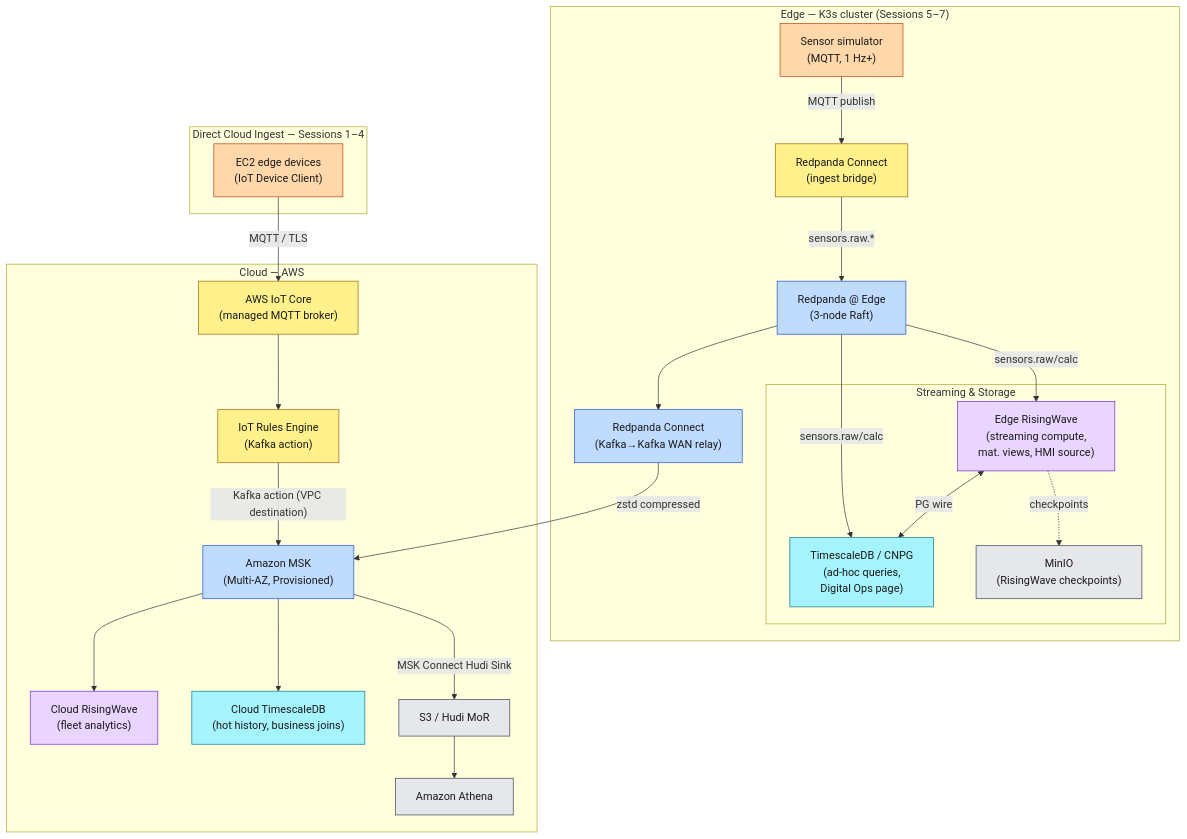
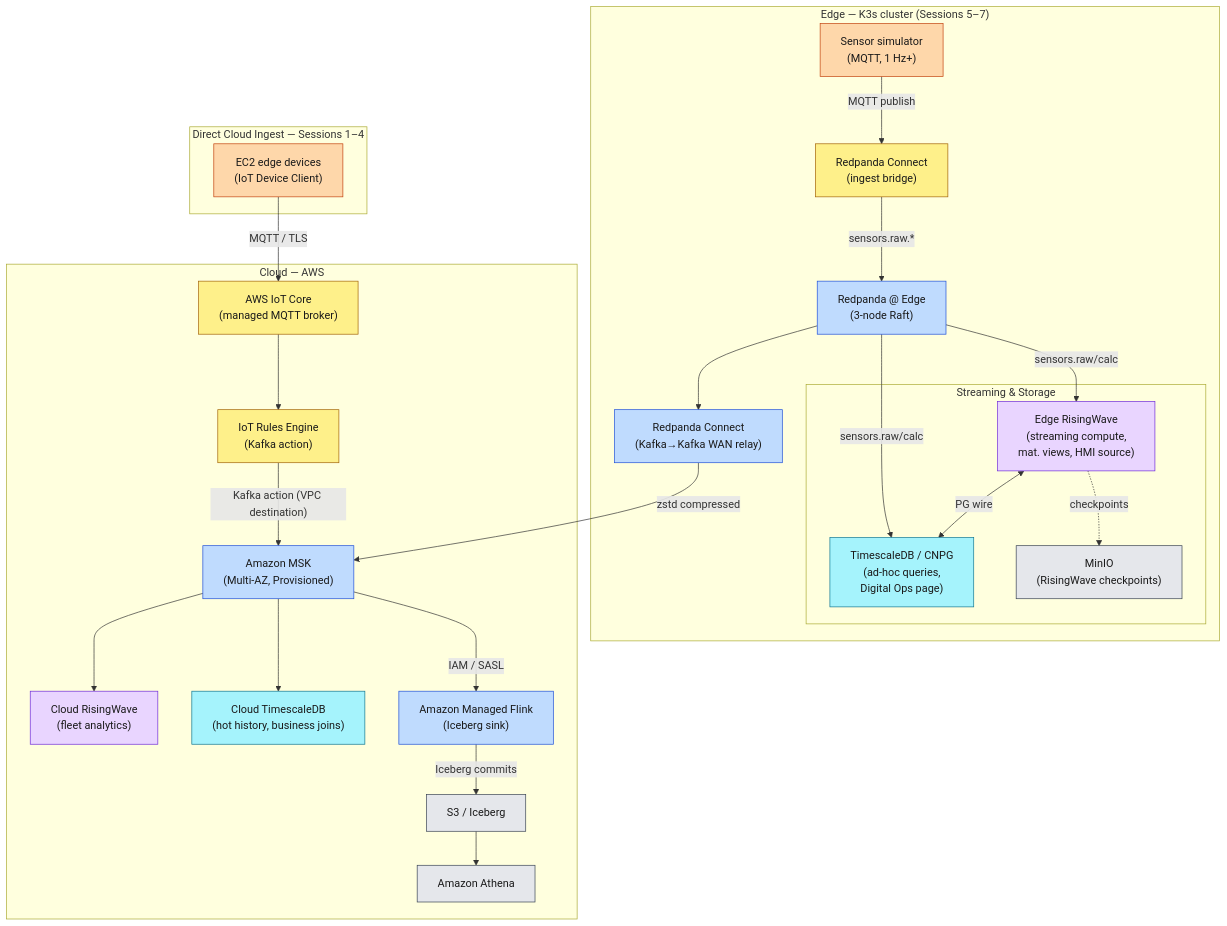
One commit to aws-samples/sample-edge-to-cloud-digital-ops-workshop changed the second of 2 diagrams in workshop/index.md. Above: the diagram before and after it, drawn with Mermaid.

Commit message:
Update architecture diagram: MSK Connect Hudi → Managed Flink Iceberg
Replace the placeholder MSK Connect / Hudi sink with the actual deployed
pipeline: MSK → Amazon Managed Flink (Iceberg sink) → S3/Iceberg → Athena.
Also relabels the S3 node from "S3 / Hudi MoR" to "S3 / Iceberg".

````diff
--- a/workshop/index.md
+++ b/workshop/index.md
@@ -61,62 +61,64 @@
 ```mermaid
 flowchart TD
     subgraph edge["Edge — K3s cluster (Sessions 5–7)"]
         Sensor["Sensor simulator<br>(MQTT, 1 Hz+)"]
         MQTTBroker["Redpanda Connect<br>(ingest bridge)"]
         RP["Redpanda @ Edge<br>(3-node Raft)"]
 
         subgraph edge_compute["Streaming & Storage"]
             RW_edge["Edge RisingWave<br>(streaming compute,<br>mat. views, HMI source)"]
             TSDB["TimescaleDB / CNPG<br>(ad-hoc queries,<br>Digital Ops page)"]
             MinIO["MinIO<br>(RisingWave checkpoints)"]
         end
 
         RPC_relay["Redpanda Connect<br>(Kafka→Kafka WAN relay)"]
     end
 
     subgraph iot_edge["Direct Cloud Ingest — Sessions 1–4"]
         IoTDevice["EC2 edge devices<br>(IoT Device Client)"]
     end
 
     subgraph cloud["Cloud — AWS"]
         IoTCore["AWS IoT Core<br>(managed MQTT broker)"]
         IoTRule["IoT Rules Engine<br>(Kafka action)"]
         MSK["Amazon MSK<br>(Multi-AZ, Provisioned)"]
         RW_cloud["Cloud RisingWave<br>(fleet analytics)"]
         TSDB_cloud["Cloud TimescaleDB<br>(hot history, business joins)"]
-        S3["S3 / Hudi MoR"]
+        Flink["Amazon Managed Flink<br>(Iceberg sink)"]
+        S3["S3 / Iceberg"]
         Athena["Amazon Athena"]
     end
 
     Sensor -->|MQTT publish| MQTTBroker
     MQTTBroker -->|sensors.raw.*| RP
     RP -->|sensors.raw/calc| RW_edge
     RP -->|sensors.raw/calc| TSDB
     RW_edge <-->|PG wire| TSDB
     RW_edge -.->|checkpoints| MinIO
     RP --> RPC_relay
     RPC_relay -->|zstd compressed| MSK
 
     IoTDevice -->|"MQTT / TLS"| IoTCore
     IoTCore --> IoTRule
     IoTRule -->|"Kafka action (VPC destination)"| MSK
 
     MSK --> RW_cloud
     MSK --> TSDB_cloud
-    MSK -->|"MSK Connect Hudi Sink"| S3
+    MSK -->|"IAM / SASL"| Flink
+    Flink -->|"Iceberg commits"| S3
     S3 --> Athena
 
     classDef sensor fill:#FED7AA,stroke:#C2410C,color:#1a1a1a
     classDef broker fill:#FEF08A,stroke:#A16207,color:#1a1a1a
     classDef streaming fill:#BFDBFE,stroke:#1D4ED8,color:#1a1a1a
     classDef inmem fill:#E9D5FF,stroke:#6D28D9,color:#1a1a1a
     classDef tsdb fill:#A5F3FC,stroke:#0E7490,color:#1a1a1a
     classDef object fill:#E5E7EB,stroke:#374151,color:#1a1a1a
 
     class Sensor,IoTDevice sensor
     class MQTTBroker,IoTCore,IoTRule broker
-    class RPC_relay,RP,MSK streaming
+    class RPC_relay,RP,MSK,Flink streaming
     class RW_edge,RW_cloud inmem
     class TSDB,TSDB_cloud tsdb
     class MinIO,S3,Athena object
 ```
````
